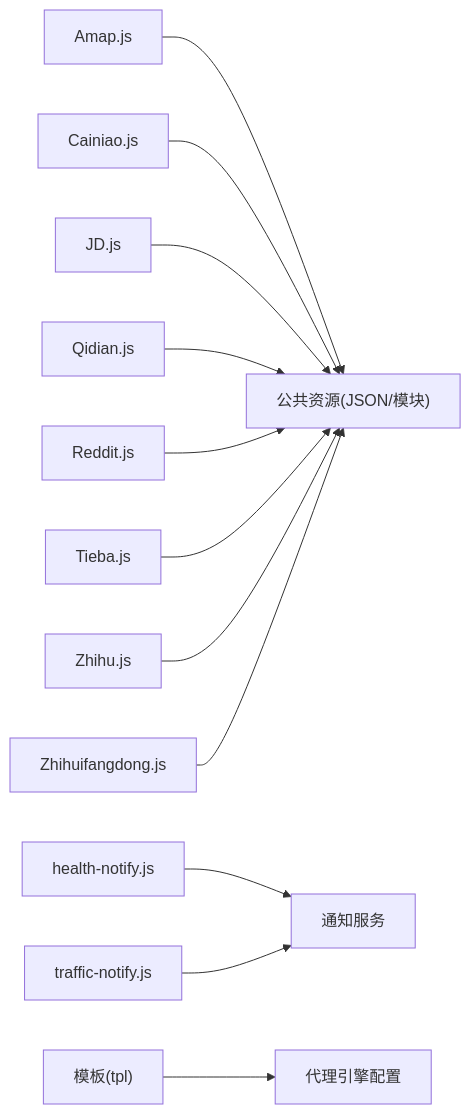
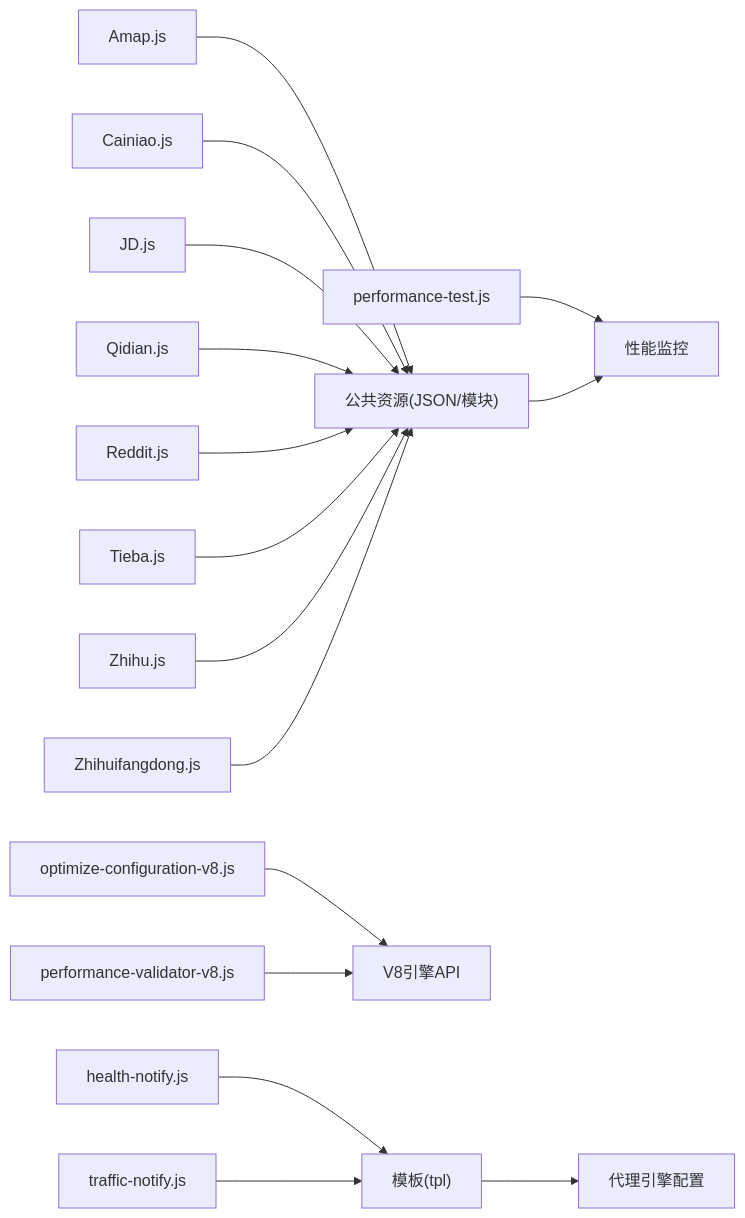
The third of 3 diagrams in .qoder/repowiki/zh/content/脚本库/脚本库.md (3kaiu/config), drawn with Mermaid before and after one commit. The commit also changed other lines of this file and 136 other files, not shown here.

````diff
--- a/.qoder/repowiki/zh/content/脚本库/脚本库.md
+++ b/.qoder/repowiki/zh/content/脚本库/脚本库.md
@@ -325,14 +417,18 @@
 ```mermaid
 graph LR
 A["Amap.js"] --> R["公共资源(JSON/模块)"]
 B["Cainiao.js"] --> R
 C["JD.js"] --> R
 D["Qidian.js"] --> R
 E["Reddit.js"] --> R
 F["Tieba.js"] --> R
 G["Zhihu.js"] --> R
 H["Zhihuifangdong.js"] --> R
 I["health-notify.js"] --> N["通知服务"]
 J["traffic-notify.js"] --> N
-K["模板(tpl)"] --> L["代理引擎配置"]
+K["optimize-configuration-v8.js"] --> V["V8引擎API"]
+L["performance-test.js"] --> P["性能监控"]
+M["performance-validator-v8.js"] --> V
+N["模板(tpl)"] --> O["代理引擎配置"]
+R --> P
 ```
````
